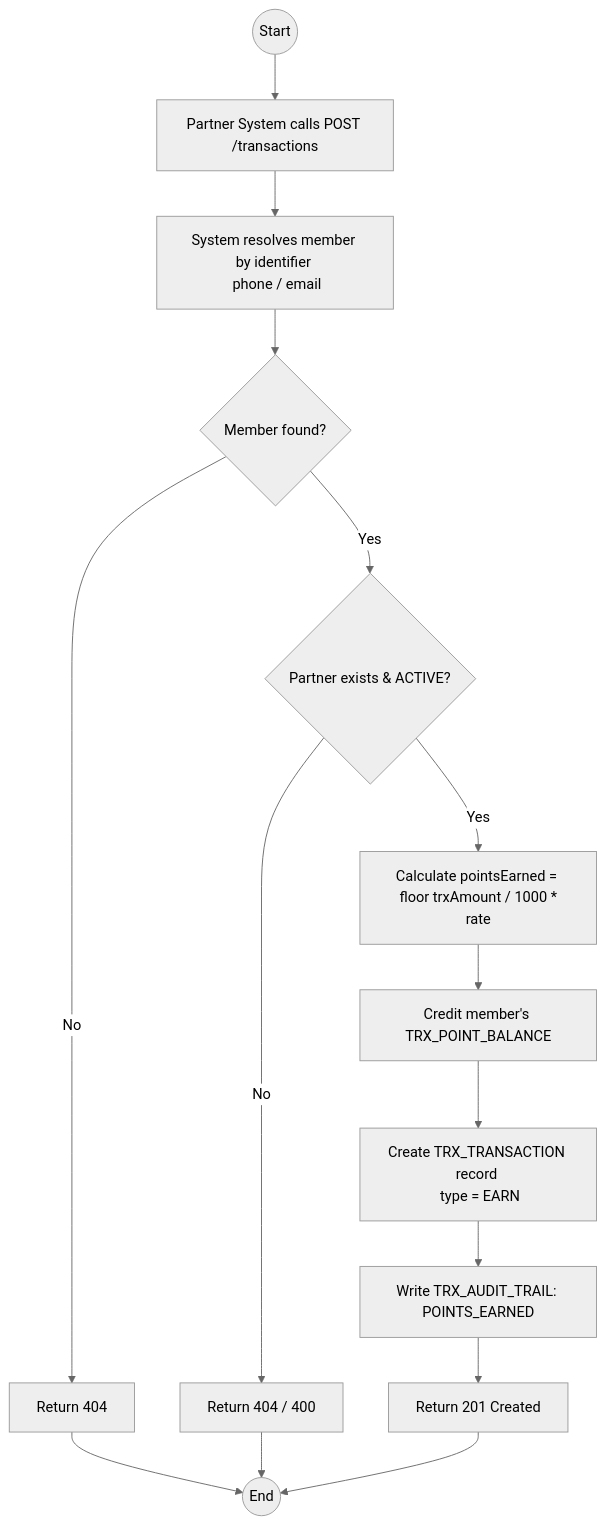
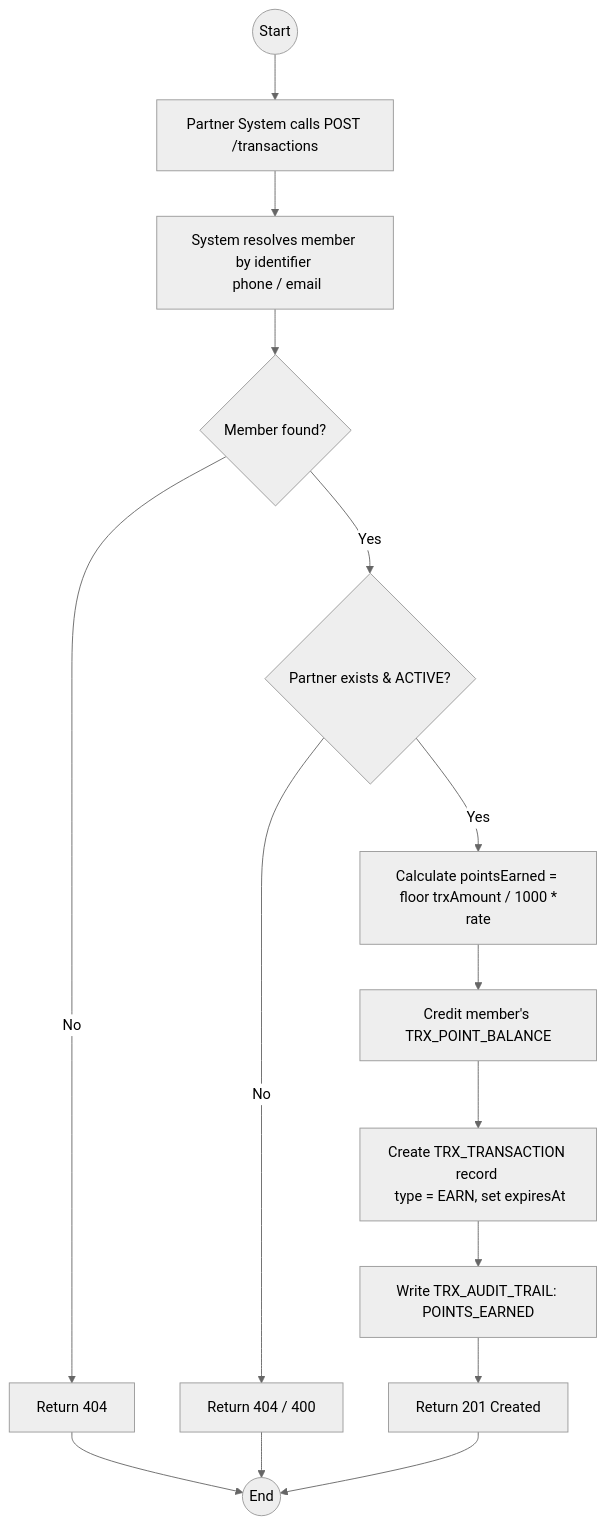
The third of 6 diagrams in activity.diagram.md (jtnqr/JDT-17-LOYALTY), drawn with Mermaid (neutral theme) before and after one commit. The commit also changed other lines of this file and 2 other files, not shown here.

First line of the commit message:
docs: update activity/usecase diagrams and add redemption flowchart

````diff
--- a/activity.diagram.md
+++ b/activity.diagram.md
@@ -39,18 +40,18 @@
 ```mermaid
 flowchart TD
     Start((Start)) --> A[Partner System calls POST /transactions]
     A --> B[System resolves member by identifier <br/> phone / email]
     B --> C{Member found?}
     C -- No --> ERR1[Return 404]
     C -- Yes --> D{Partner exists & ACTIVE?}
     D -- No --> ERR2[Return 404 / 400]
     D -- Yes --> E[Calculate pointsEarned = <br/> floor trxAmount / 1000 * rate]
     E --> F[Credit member's TRX_POINT_BALANCE]
-    F --> G[Create TRX_TRANSACTION record <br/> type = EARN]
+    F --> G[Create TRX_TRANSACTION record <br/> type = EARN, set expiresAt]
     G --> H[Write TRX_AUDIT_TRAIL: POINTS_EARNED]
     H --> I[Return 201 Created]
     I --> End((End))
     
     ERR1 --> End
     ERR2 --> End
 ```
````
